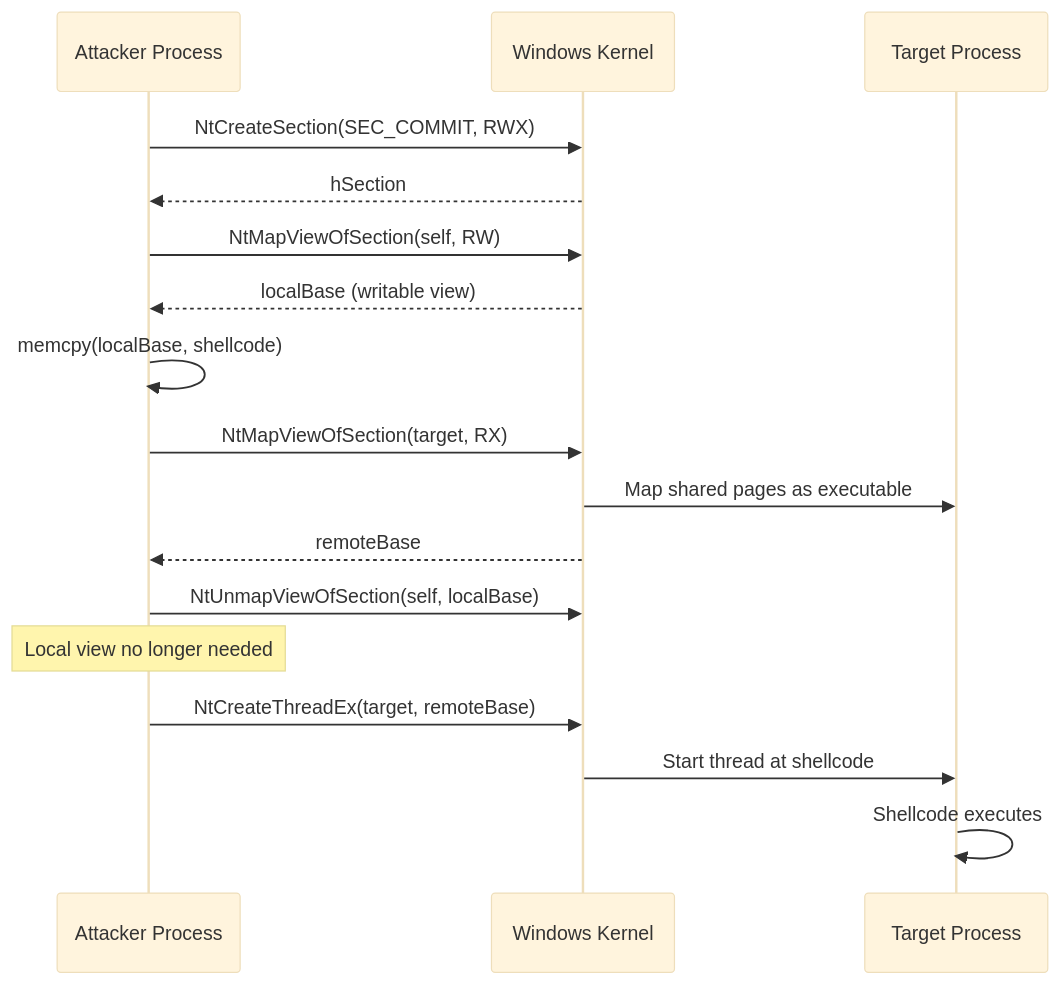
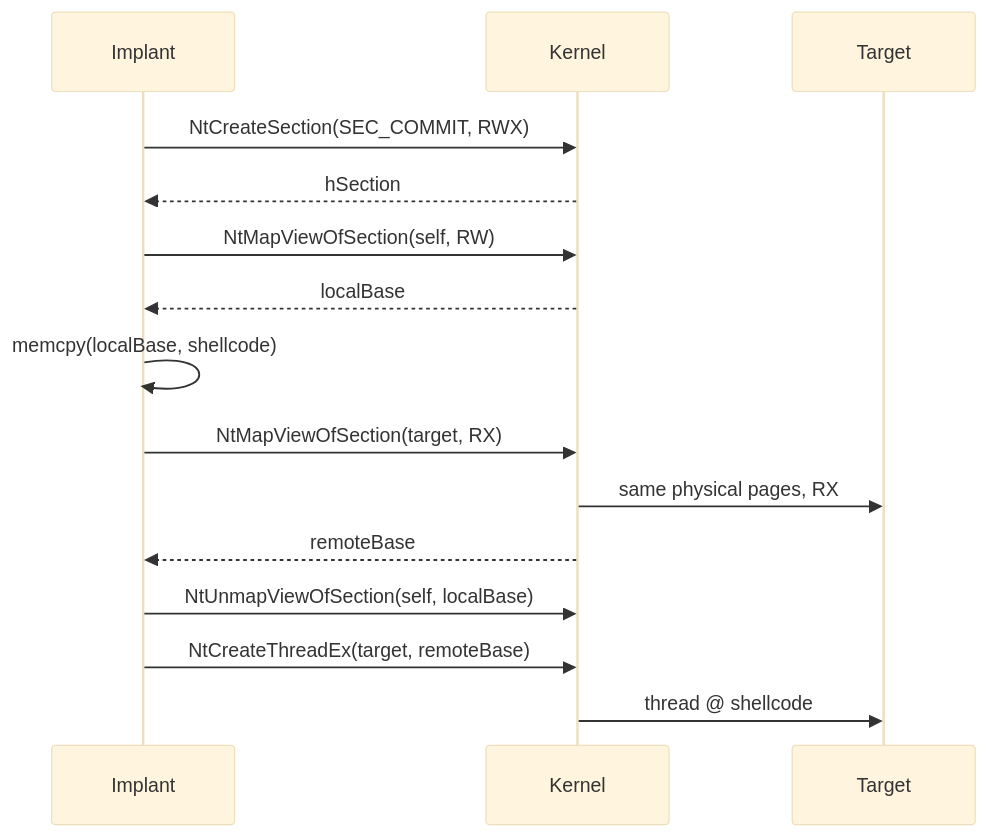
One commit to oioio-space/maldev changed the diagram in docs/techniques/injection/section-mapping.md. Above: the diagram before and after it, drawn with Mermaid (base theme). The commit also changed other lines of this file and 3 other files, not shown here.

````diff
--- a/docs/techniques/injection/section-mapping.md
+++ b/docs/techniques/injection/section-mapping.md
@@ -13,25 +38,23 @@
 ```mermaid
 sequenceDiagram
-    participant Attacker as Attacker Process
-    participant Kernel as Windows Kernel
-    participant Target as Target Process
+    participant Impl as Implant
+    participant Kern as Kernel
+    participant Tgt as Target
 
-    Attacker->>Kernel: NtCreateSection(SEC_COMMIT, RWX)
-    Kernel-->>Attacker: hSection
+    Impl->>Kern: NtCreateSection(SEC_COMMIT, RWX)
+    Kern-->>Impl: hSection
 
-    Attacker->>Kernel: NtMapViewOfSection(self, RW)
-    Kernel-->>Attacker: localBase (writable view)
+    Impl->>Kern: NtMapViewOfSection(self, RW)
+    Kern-->>Impl: localBase
 
-    Attacker->>Attacker: memcpy(localBase, shellcode)
+    Impl->>Impl: memcpy(localBase, shellcode)
 
-    Attacker->>Kernel: NtMapViewOfSection(target, RX)
-    Kernel->>Target: Map shared pages as executable
-    Kernel-->>Attacker: remoteBase
+    Impl->>Kern: NtMapViewOfSection(target, RX)
+    Kern->>Tgt: same physical pages, RX
+    Kern-->>Impl: remoteBase
 
-    Attacker->>Kernel: NtUnmapViewOfSection(self, localBase)
-    Note over Attacker: Local view no longer needed
+    Impl->>Kern: NtUnmapViewOfSection(self, localBase)
 
-    Attacker->>Kernel: NtCreateThreadEx(target, remoteBase)
-    Kernel->>Target: Start thread at shellcode
-    Target->>Target: Shellcode executes
+    Impl->>Kern: NtCreateThreadEx(target, remoteBase)
+    Kern->>Tgt: thread @ shellcode
 ```
````
